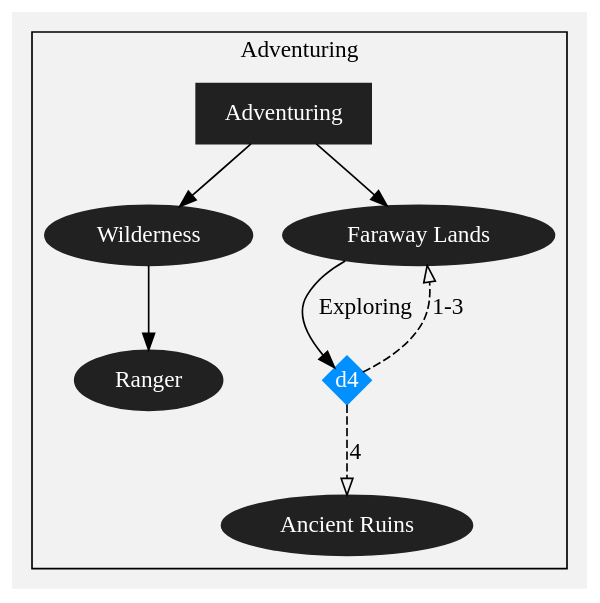
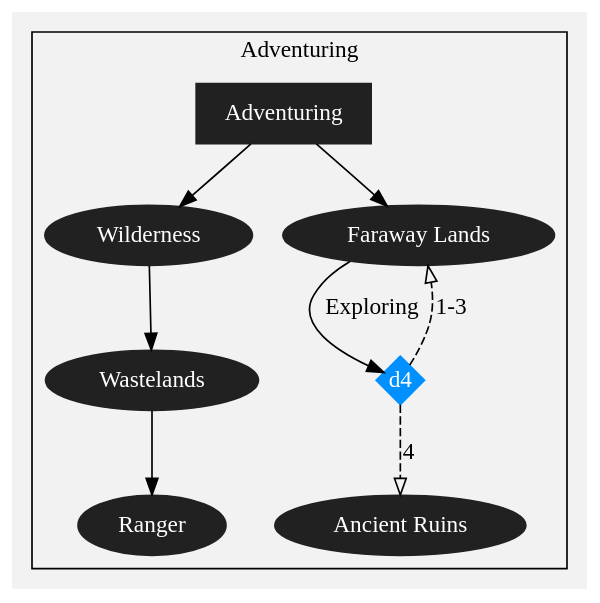
The diagram in lifepath/adventuring.dot (seance/paraverse), drawn with Graphviz before and after one commit. The commit also changed 2 other files, not shown here.

```diff
--- a/lifepath/adventuring.dot
+++ b/lifepath/adventuring.dot
@@ -1,18 +1,18 @@
 digraph {
     graph [compound=true, layout=dot, overlap=false, bgcolor="#f2f2f2"];
     node [style=filled, color="#212121", fontcolor="#ffffff"];
 
     subgraph cluster_adventuring {
         label="Adventuring";
 
         "Adventuring" [shape=box];
 
-        "Adventuring" -> "Wilderness" -> "Ranger";
+        "Adventuring" -> "Wilderness" -> "Wastelands" -> "Ranger";
         "Adventuring" -> "Faraway Lands";
 
         "Faraway Lands" -> faraway_ruins_faraway [label="Exploring"];
         faraway_ruins_faraway [label="d4", shape=diamond, style=filled, color="#0090ff", width=0.4, height=0.4, fixedsize=true];
         faraway_ruins_faraway -> "Faraway Lands" [style=dashed, arrowhead=empty, label="1-3"];
         faraway_ruins_faraway -> "Ancient Ruins" [style=dashed, arrowhead=empty, label="4"];
     }
 }
```
